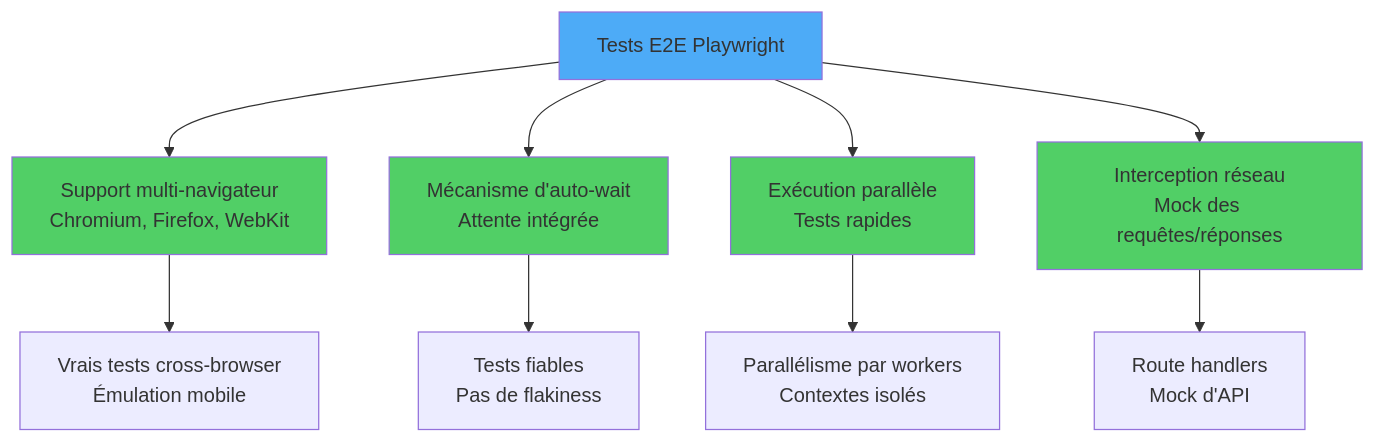
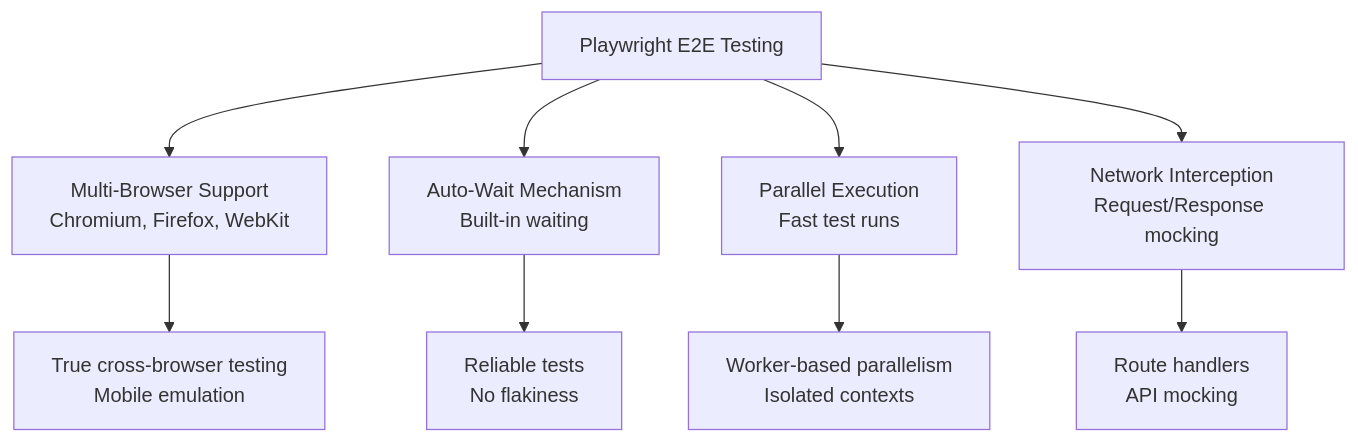
One commit to BabaScience/react-guides changed the ninth of 10 diagrams in arguments/chapters/fr/10-testing.md. Above: the diagram before and after it, drawn with Mermaid. The commit also changed other lines of this file and 29 other files, not shown here.

First line of the commit message:
Bring React FR/IT translations to full English parity + theme-safe diagrams

````diff
--- a/arguments/chapters/fr/10-testing.md
+++ b/arguments/chapters/fr/10-testing.md
@@ -364,18 +2169,13 @@
 ```mermaid
 graph TD
-    A[Tests E2E Playwright] --> B[Support multi-navigateur<br/>Chromium, Firefox, WebKit]
-    A --> C[Mécanisme d'auto-wait<br/>Attente intégrée]
-    A --> D[Exécution parallèle<br/>Tests rapides]
-    A --> E[Interception réseau<br/>Mock des requêtes/réponses]
-
-    B --> B1[Vrais tests cross-browser<br/>Émulation mobile]
-    C --> C1[Tests fiables<br/>Pas de flakiness]
-    D --> D1[Parallélisme par workers<br/>Contextes isolés]
-    E --> E1[Route handlers<br/>Mock d'API]
-
-    style A fill:#4dabf7
-    style B fill:#51cf66
-    style C fill:#51cf66
-    style D fill:#51cf66
-    style E fill:#51cf66
+    A[Playwright E2E Testing] --> B[Multi-Browser Support<br/>Chromium, Firefox, WebKit]
+    A --> C[Auto-Wait Mechanism<br/>Built-in waiting]
+    A --> D[Parallel Execution<br/>Fast test runs]
+    A --> E[Network Interception<br/>Request/Response mocking]
+    
+    B --> B1[True cross-browser testing<br/>Mobile emulation]
+    C --> C1[Reliable tests<br/>No flakiness]
+    D --> D1[Worker-based parallelism<br/>Isolated contexts]
+    E --> E1[Route handlers<br/>API mocking]
+    
 ```
````
